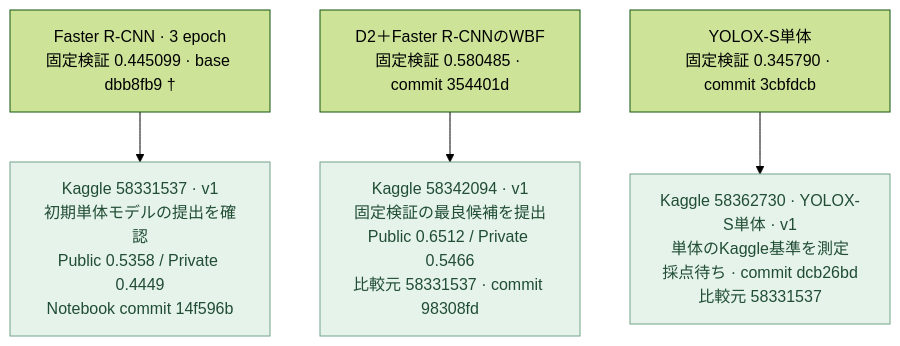
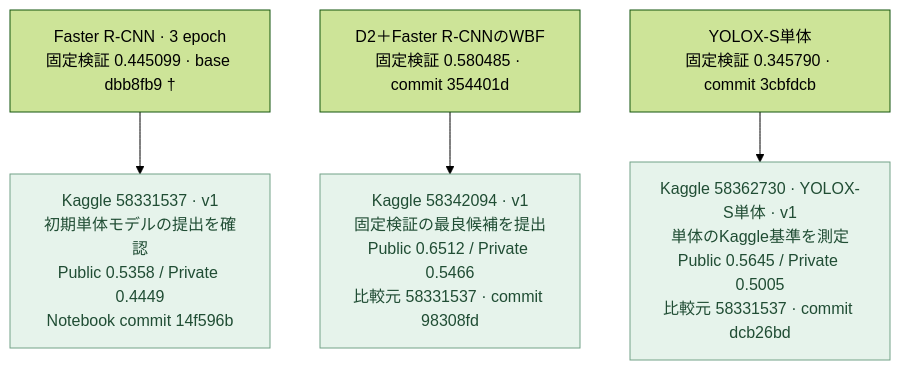
The third of 3 diagrams in docs/experiment-lineage.md (Yutarotaro/kaggle-global-wheat-detection), drawn with Mermaid (forest theme) before and after one commit. The commit also changed 1 other file, not shown here.

Commit message:
docs: YOLOX-S単体の確定した提出スコアを記録する

````diff
--- a/docs/experiment-lineage.md
+++ b/docs/experiment-lineage.md
@@ -94,16 +94,16 @@
 ```mermaid
 flowchart TB
     B3["Faster R-CNN · 3 epoch<br/>固定検証 0.445099 · base dbb8fb9 †"]
     W2["D2＋Faster R-CNNのWBF<br/>固定検証 0.580485 · commit 354401d"]
     Y["YOLOX-S単体<br/>固定検証 0.345790 · commit 3cbfdcb"]
     S1["Kaggle 58331537 · v1<br/>初期単体モデルの提出を確認<br/>Public 0.5358 / Private 0.4449<br/>Notebook commit 14f596b"]
     S2["Kaggle 58342094 · v1<br/>固定検証の最良候補を提出<br/>Public 0.6512 / Private 0.5466<br/>比較元 58331537 · commit 98308fd"]
-    SY["Kaggle 58362730 · YOLOX-S単体 · v1<br/>単体のKaggle基準を測定<br/>採点待ち · commit dcb26bd<br/>比較元 58331537"]
+    SY["Kaggle 58362730 · YOLOX-S単体 · v1<br/>単体のKaggle基準を測定<br/>Public 0.5645 / Private 0.5005<br/>比較元 58331537 · commit dcb26bd"]
 
     B3 --> S1
     W2 --> S2
     Y --> SY
 
     classDef submission fill:#e6f3eb,color:#204d34,stroke:#73a287
     class S1,S2,SY submission
 ```
````
